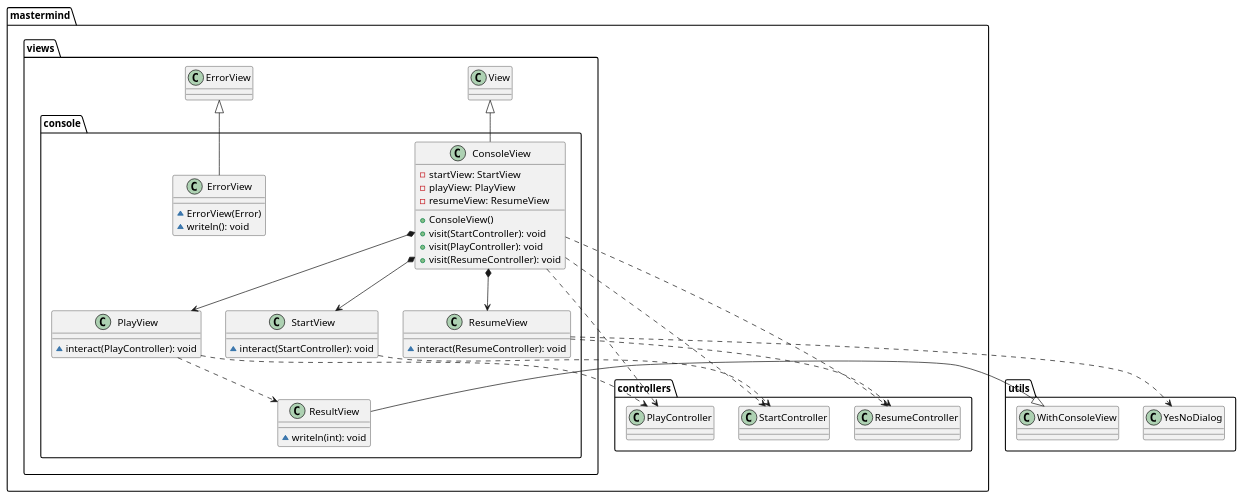
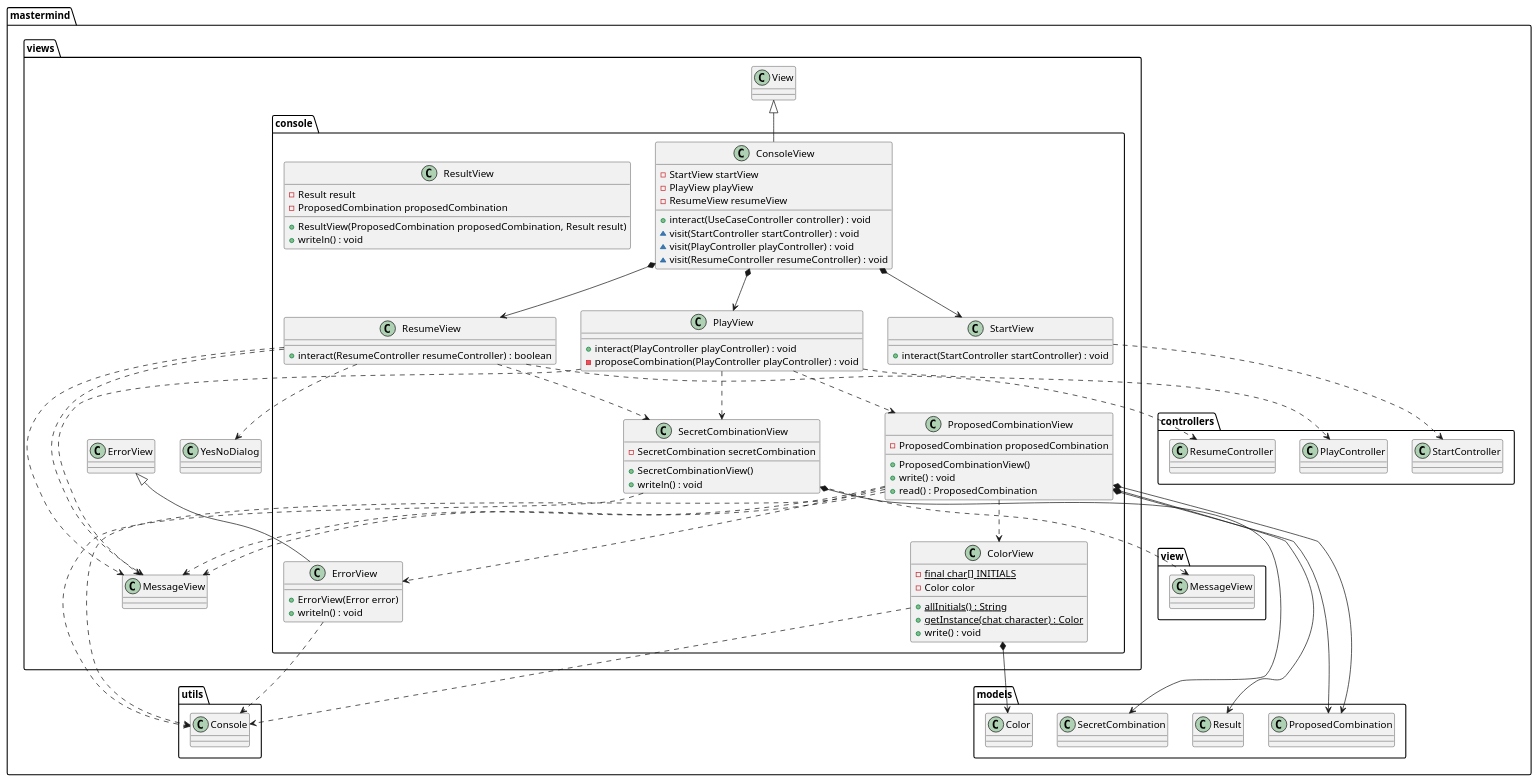
Before and after one commit to jprieto92/mastermind-withDoubleDispatching: the diagram in docs/paqueteMastermindViewsConsole.iuml, drawn with PlantUML. The commit also changed 6 other files, not shown here.

Commit message:
Update console call in ColorView and update Diagrams

```diff
--- a/docs/paqueteMastermindViewsConsole.iuml
+++ b/docs/paqueteMastermindViewsConsole.iuml
@@ -1,47 +1,100 @@
 @startuml
 
+class  mastermind.views.console.ColorView{
+- {static} final char[] INITIALS
+- Color color 
+
++ {static} allInitials() : String
++ {static} getInstance(chat character) : Color
++ write() : void
+}
+mastermind.views.console.ColorView *-down-> mastermind.models.Color
+mastermind.views.console.ColorView ..> mastermind.utils.Console
+
 class  mastermind.views.console.ConsoleView{
-- startView: StartView
-- playView: PlayView
-- resumeView: ResumeView
-+ ConsoleView()
-+ visit(StartController): void
-+ visit(PlayController): void
-+ visit(ResumeController): void
+- StartView startView
+- PlayView playView
+- ResumeView resumeView
+
++ interact(UseCaseController controller) : void
+~ visit(StartController startController) : void
+~ visit(PlayController playController) : void
+~ visit(ResumeController resumeController) : void
 }
 mastermind.views.View <|-down- mastermind.views.console.ConsoleView
 mastermind.views.console.ConsoleView *-down-> mastermind.views.console.StartView
 mastermind.views.console.ConsoleView *-down-> mastermind.views.console.PlayView
 mastermind.views.console.ConsoleView *-down-> mastermind.views.console.ResumeView
-mastermind.views.console.ConsoleView ..> mastermind.controllers.ResumeController
-mastermind.views.console.ConsoleView ..> mastermind.controllers.StartController
-mastermind.views.console.ConsoleView ..> mastermind.controllers.PlayController
+' mastermind.views.console.View ..> mastermind.controllers.UseCaseController
+' mastermind.views.console.View ..> mastermind.controllers.PlayController
+' mastermind.views.console.View ..> mastermind.controllers.StartController
+' mastermind.views.console.View ..> mastermind.controllers.ResumeController
 
 class  mastermind.views.console.ErrorView{
-~ ErrorView(Error)
-~ writeln(): void
++ ErrorView(Error error)
++ writeln() : void
 }
 mastermind.views.ErrorView <|-down- mastermind.views.console.ErrorView
+' mastermind.views.console.ErrorView ..> mastermind.models.Error
+mastermind.views.console.ErrorView ..> mastermind.utils.Console
 
 class  mastermind.views.console.PlayView{
-~ interact(PlayController): void
++ interact(PlayController playController) : void
+- proposeCombination(PlayController playController) : void
 }
-mastermind.views.console.PlayView ..> mastermind.views.console.ResultView
 mastermind.views.console.PlayView ..> mastermind.controllers.PlayController
+' mastermind.views.console.PlayView ..> mastermind.models.ProposedCombination
+mastermind.views.console.PlayView ..> mastermind.views.MessageView
+mastermind.views.console.PlayView ..> mastermind.views.console.SecretCombinationView
+mastermind.views.console.PlayView ..> mastermind.views.console.ProposedCombinationView
 
-class mastermind.views.console.ResultView{
-~ writeln(int): void
+class  mastermind.views.console.ProposedCombinationView{
+- ProposedCombination proposedCombination
+
++ ProposedCombinationView()
++ write() : void
++ read() : ProposedCombination
 }
-utils.WithConsoleView <|-down- mastermind.views.console.ResultView
+mastermind.views.console.ProposedCombinationView *-down-> mastermind.models.ProposedCombination
+' mastermind.views.console.ProposedCombinationView ..> mastermind.models.Color
+mastermind.views.console.ProposedCombinationView ..> mastermind.utils.Console
+mastermind.views.console.ProposedCombinationView ..> mastermind.views.console.ErrorView
+mastermind.views.console.ProposedCombinationView ..> mastermind.views.MessageView
 
-class mastermind.views.console.ResumeView{
-~ interact(ResumeController): void
+class  mastermind.views.console.ResultView{
+- Result result
+- ProposedCombination proposedCombination
+
++ ResultView(ProposedCombination proposedCombination, Result result)
++ writeln() : void
+}
+mastermind.views.console.ProposedCombinationView *-down-> mastermind.models.ProposedCombination
+mastermind.views.console.ProposedCombinationView *-down-> mastermind.models.Result
+mastermind.views.console.ProposedCombinationView ..> mastermind.views.console.ColorView
+mastermind.views.console.ProposedCombinationView ..> mastermind.views.MessageView
+
+class  mastermind.views.console.ResumeView{
++ interact(ResumeController resumeController) : boolean
 }
 mastermind.views.console.ResumeView ..> mastermind.controllers.ResumeController
-mastermind.views.console.ResumeView ..> utils.YesNoDialog
+mastermind.views.console.ResumeView ..> mastermind.views.YesNoDialog
+mastermind.views.console.ResumeView ..> mastermind.views.MessageView
 
-class mastermind.views.console.StartView{
-~ interact(StartController): void
+class  mastermind.views.console.SecretCombinationView{
+- SecretCombination secretCombination
+
++ SecretCombinationView()
++ writeln() : void
+}
+mastermind.views.console.SecretCombinationView *-down-> mastermind.models.SecretCombination
+mastermind.views.console.SecretCombinationView ..> mastermind.utils.Console
+mastermind.views.console.SecretCombinationView ..> mastermind.view.MessageView
+
+class  mastermind.views.console.StartView{
++ interact(StartController startController) : void
 }
 mastermind.views.console.StartView ..> mastermind.controllers.StartController
+mastermind.views.console.ResumeView ..> mastermind.views.MessageView
+mastermind.views.console.ResumeView ..> mastermind.views.console.SecretCombinationView
+
 @enduml
```
